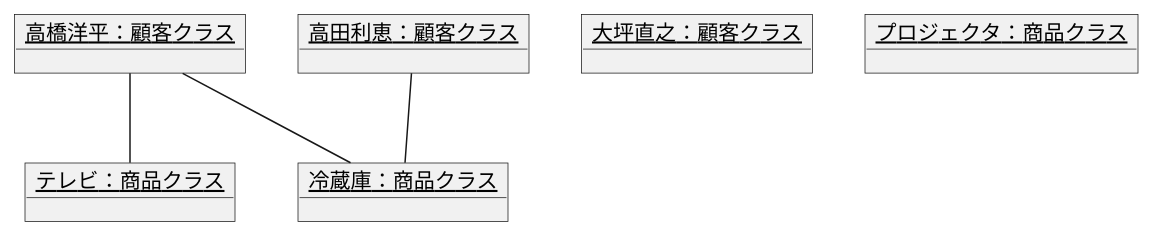
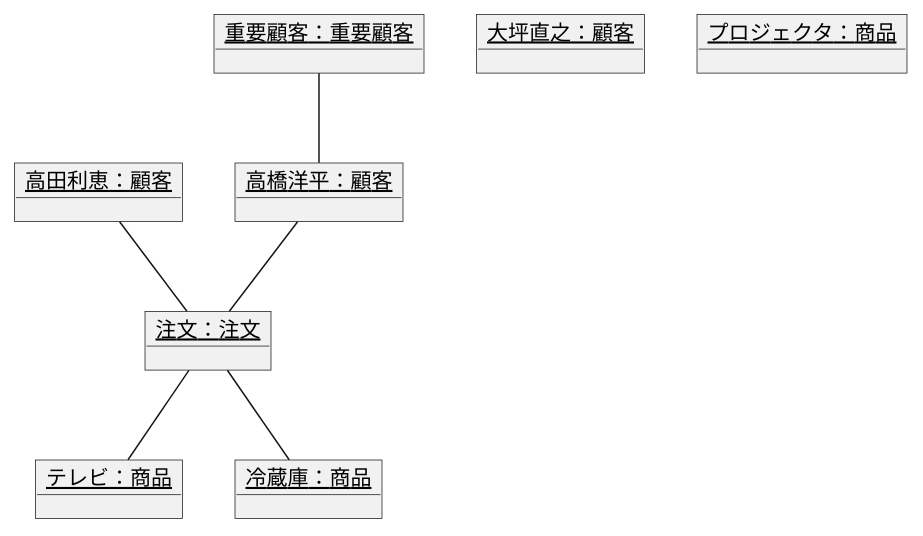
One commit to eumura123/uml-introduction changed the diagram in 演習3-7_OBJ_注文のオブジェクト図.pu. Above: the diagram before and after it, drawn with PlantUML. The commit also changed 4 other files, not shown here.

```diff
--- a/演習3-7_OBJ_注文のオブジェクト図.pu
+++ b/演習3-7_OBJ_注文のオブジェクト図.pu
@@ -1,23 +1,31 @@
 @startuml  
-object "<u>高橋洋平：顧客クラス</u>" as k1{
+object "<u>高橋洋平：顧客</u>" as k1{
 
 }
-object "<u>高田利恵：顧客クラス</u>" as k2{
+object "<u>高田利恵：顧客</u>" as k2{
 
 }
-object "<u>大坪直之：顧客クラス</u>" as k3{
+object "<u>大坪直之：顧客</u>" as k3{
 
 }
-object "<u>テレビ：商品クラス</u>" as s1{
+object "<u>テレビ：商品</u>" as s1{
 
 }
-object "<u>冷蔵庫：商品クラス</u>" as s2{
+object "<u>冷蔵庫：商品</u>" as s2{
 
 }
-object "<u>プロジェクタ：商品クラス</u>" as s3{
+object "<u>プロジェクタ：商品</u>" as s3{
 
 }
-k1 -- s1
-k1 -- s2
-k2 -- s2
+object "<u>注文：注文</u>" as t1{
+
+}
+object "<u>重要顧客：重要顧客</u>" as j{
+
+}
+j -- k1
+k1 -- t1
+k2 -- t1
+t1 -- s1
+t1 -- s2
 @enduml
```
